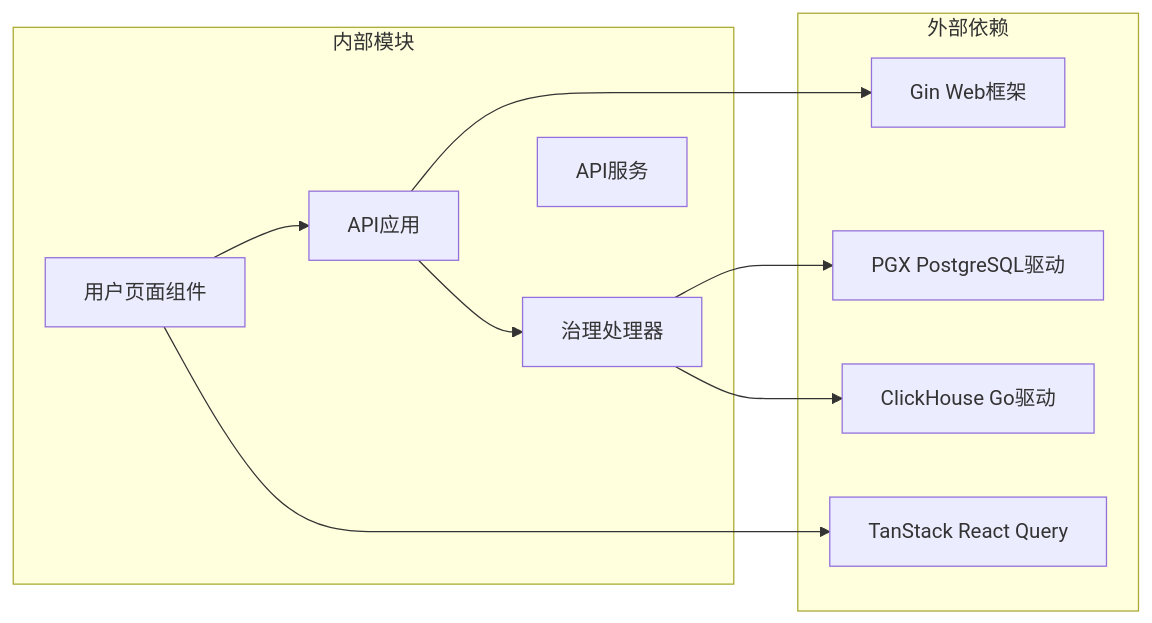
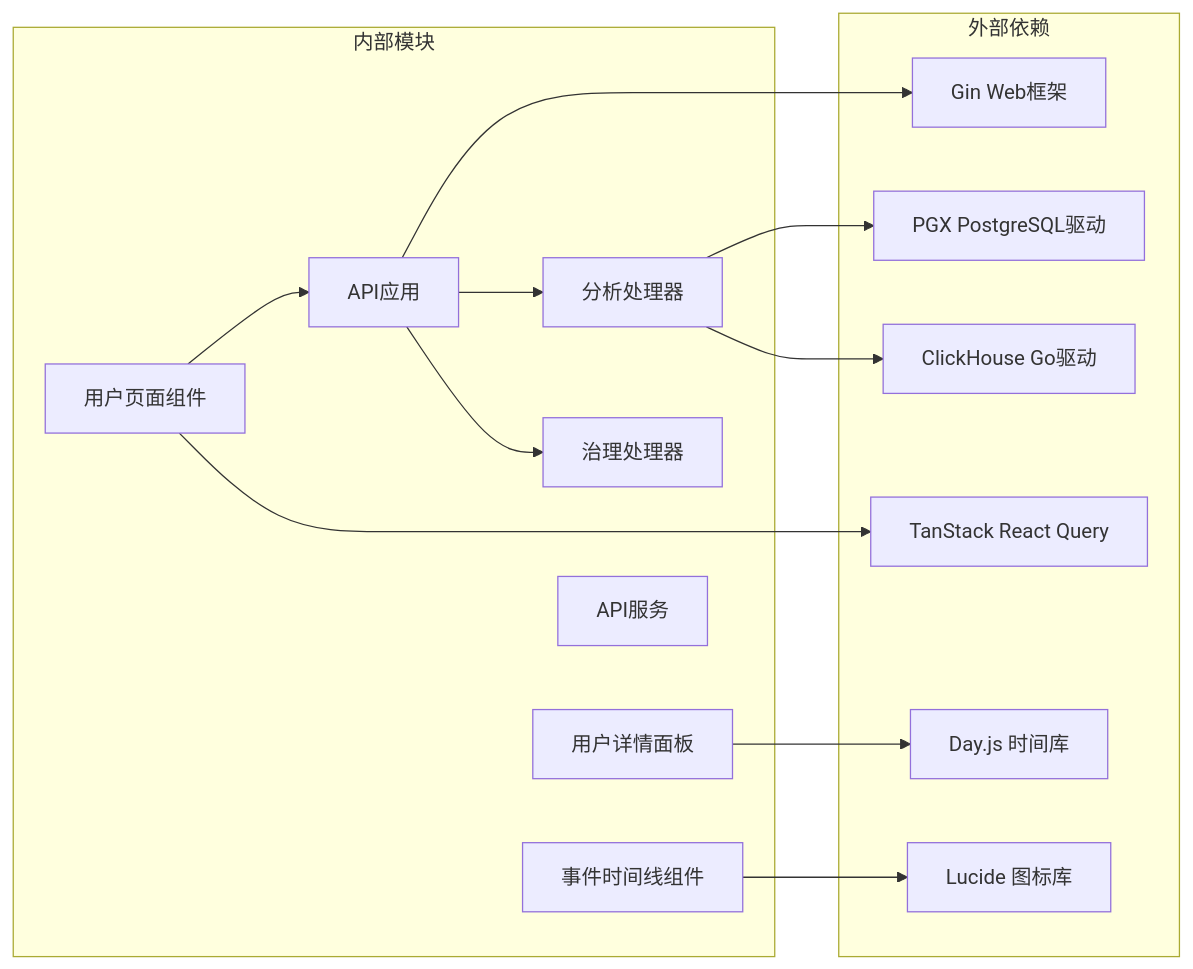
One commit to zhen-zhong/AeroLog changed diagram 11 of 11 in .qoder/repowiki/zh/content/Web控制台/用户管理功能.md. Above: the diagram before and after it, drawn with Mermaid. The commit also changed other lines of this file and 84 other files, not shown here.

````diff
--- a/.qoder/repowiki/zh/content/Web控制台/用户管理功能.md
+++ b/.qoder/repowiki/zh/content/Web控制台/用户管理功能.md
@@ -386,21 +584,29 @@
 ```mermaid
 graph LR
 subgraph "外部依赖"
 Gin[Gin Web框架]
 PGX[PGX PostgreSQL驱动]
 ClickHouse[ClickHouse Go驱动]
 ReactQuery[TanStack React Query]
+Dayjs[Day.js 时间库]
+Lucide[Lucide 图标库]
 end
 subgraph "内部模块"
 UsersPage[用户页面组件]
+ProfileSheet[用户详情面板]
+EventTimeline[事件时间线组件]
 GovernanceHandler[治理处理器]
+AnalyticsHandler[分析处理器]
 APIApp[API应用]
 APIService[API服务]
 end
 UsersPage --> ReactQuery
+ProfileSheet --> Dayjs
+EventTimeline --> Lucide
 UsersPage --> APIApp
 APIApp --> GovernanceHandler
-GovernanceHandler --> PGX
-GovernanceHandler --> ClickHouse
+APIApp --> AnalyticsHandler
+AnalyticsHandler --> PGX
+AnalyticsHandler --> ClickHouse
 APIApp --> Gin
 ```
````
